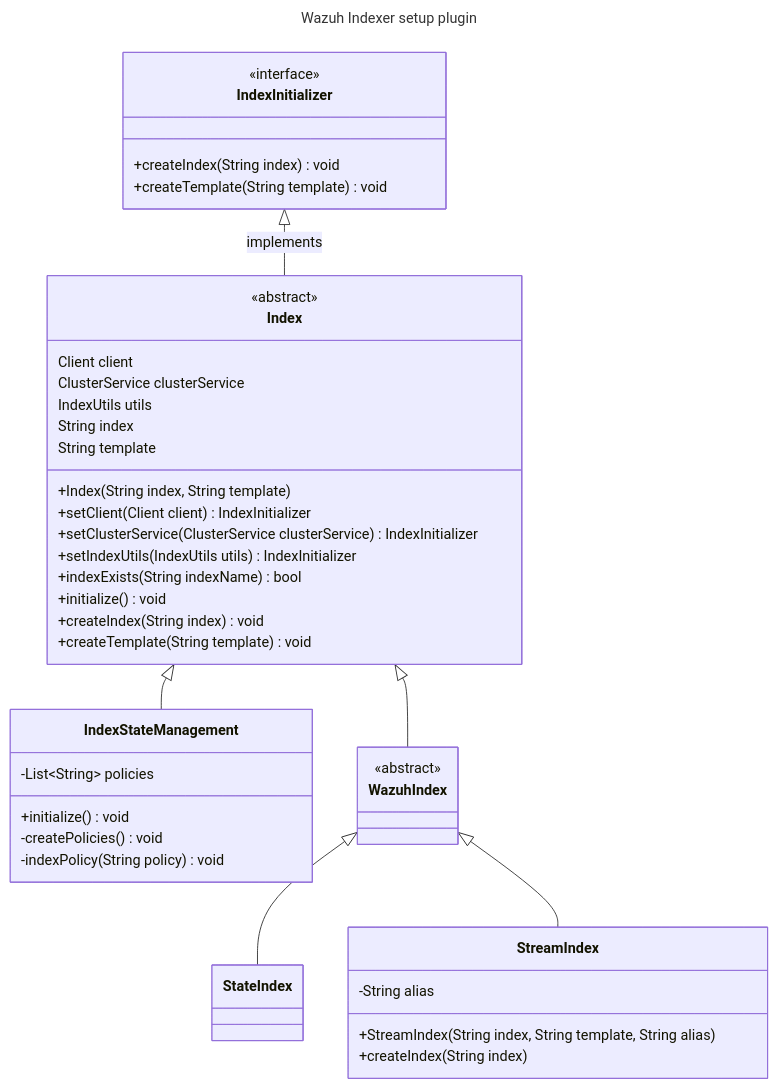
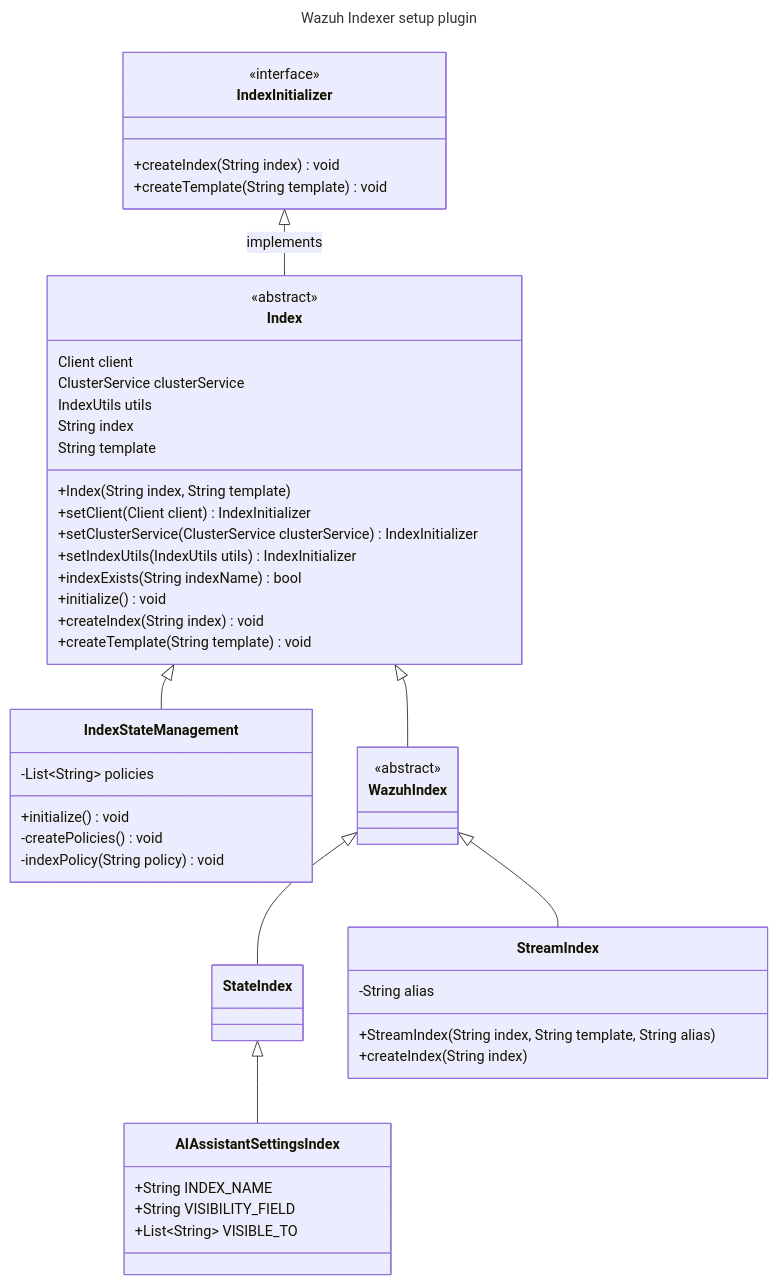
One commit to wazuh/wazuh-indexer-plugins changed the first of 2 diagrams in docs/dev/plugins/setup.md. Above: the diagram before and after it, drawn with Mermaid. The commit also changed other lines of this file and 4 other files, not shown here.

````diff
--- a/docs/dev/plugins/setup.md
+++ b/docs/dev/plugins/setup.md
@@ -9,59 +9,66 @@
 ```mermaid
 ---
 title: Wazuh Indexer setup plugin
 ---
 classDiagram
     %% Classes
     class IndexInitializer
     <<interface>> IndexInitializer
     class Index
     <<abstract>> Index
     class IndexStateManagement
     class WazuhIndex
     <<abstract>> WazuhIndex
     class StateIndex
     class StreamIndex
+    class AIAssistantSettingsIndex
 
     %% Relations
     IndexInitializer <|-- Index : implements
     Index <|-- IndexStateManagement
     Index <|-- WazuhIndex
     WazuhIndex <|-- StateIndex
     WazuhIndex <|-- StreamIndex
+    StateIndex <|-- AIAssistantSettingsIndex
 
     %% Schemas
     class IndexInitializer {
         +createIndex(String index) void
         +createTemplate(String template) void
     }
     class Index {
         Client client
         ClusterService clusterService
         IndexUtils utils
         String index
         String template
         +Index(String index, String template)
         +setClient(Client client) IndexInitializer
         +setClusterService(ClusterService clusterService) IndexInitializer
         +setIndexUtils(IndexUtils utils) IndexInitializer
         +indexExists(String indexName) bool
         +initialize() void
         +createIndex(String index) void
         +createTemplate(String template) void
     }
     class IndexStateManagement {
         -List~String~ policies
         +initialize() void
         -createPolicies() void
         -indexPolicy(String policy) void
     }
     class WazuhIndex {
     }
     class StreamIndex {
         -String alias
         +StreamIndex(String index, String template, String alias)
         +createIndex(String index)
     }
     class StateIndex {
     }
+    class AIAssistantSettingsIndex {
+        +String INDEX_NAME
+        +String VISIBILITY_FIELD
+        +List~String~ VISIBLE_TO
+    }
 ```
````
